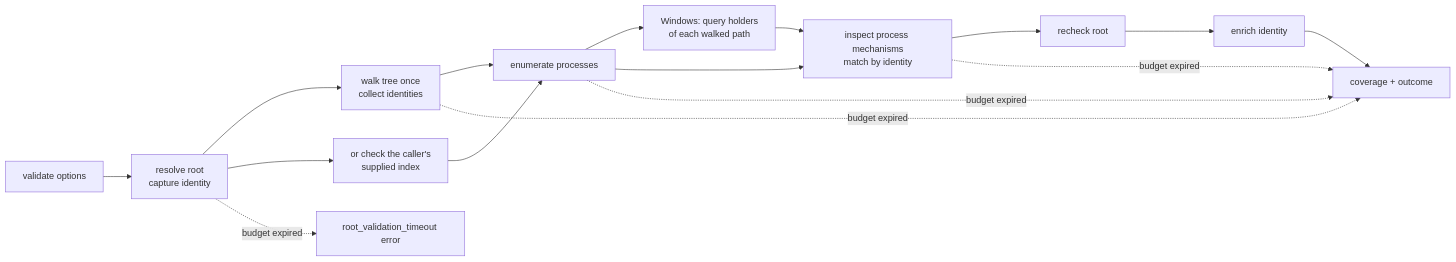
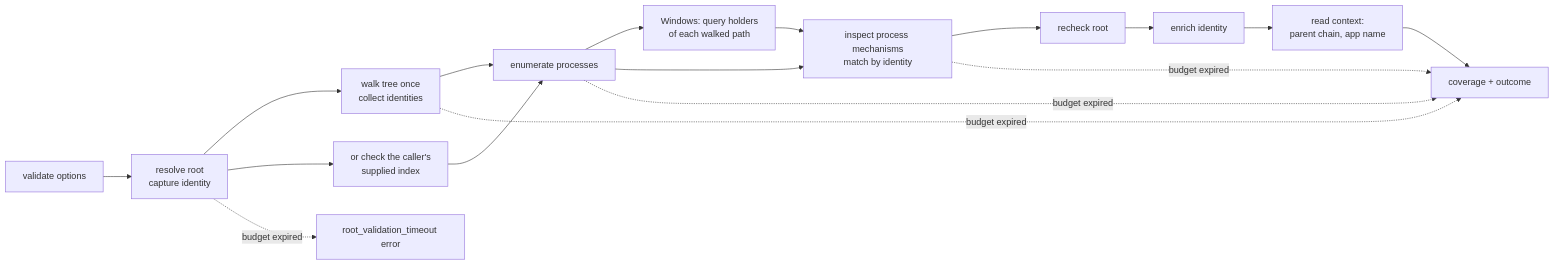
Before and after one commit to yankeeinlondon/rusty-biscuit: the first of 2 diagrams in sniff/docs/topics/filesystem-query.md, drawn with Mermaid. The commit also changed other lines of this file and 54 other files, not shown here.

````diff
--- a/sniff/docs/topics/filesystem-query.md
+++ b/sniff/docs/topics/filesystem-query.md
@@ -31,18 +31,19 @@
 ```mermaid
 flowchart LR
     A[validate options] --> B[resolve root<br/>capture identity]
     B --> C[walk tree once<br/>collect identities]
     B --> S[or check the caller's<br/>supplied index]
     C --> D[enumerate processes]
     S --> D
     D --> P[Windows: query holders<br/>of each walked path]
     P --> E[inspect process mechanisms<br/>match by identity]
     D --> E
     E --> F[recheck root]
     F --> G[enrich identity]
-    G --> H[coverage + outcome]
+    G --> K[read context:<br/>parent chain, app name]
+    K --> H[coverage + outcome]
     B -. budget expired .-> X[root_validation_timeout error]
     C -. budget expired .-> H
     D -. budget expired .-> H
     E -. budget expired .-> H
 ```
````
